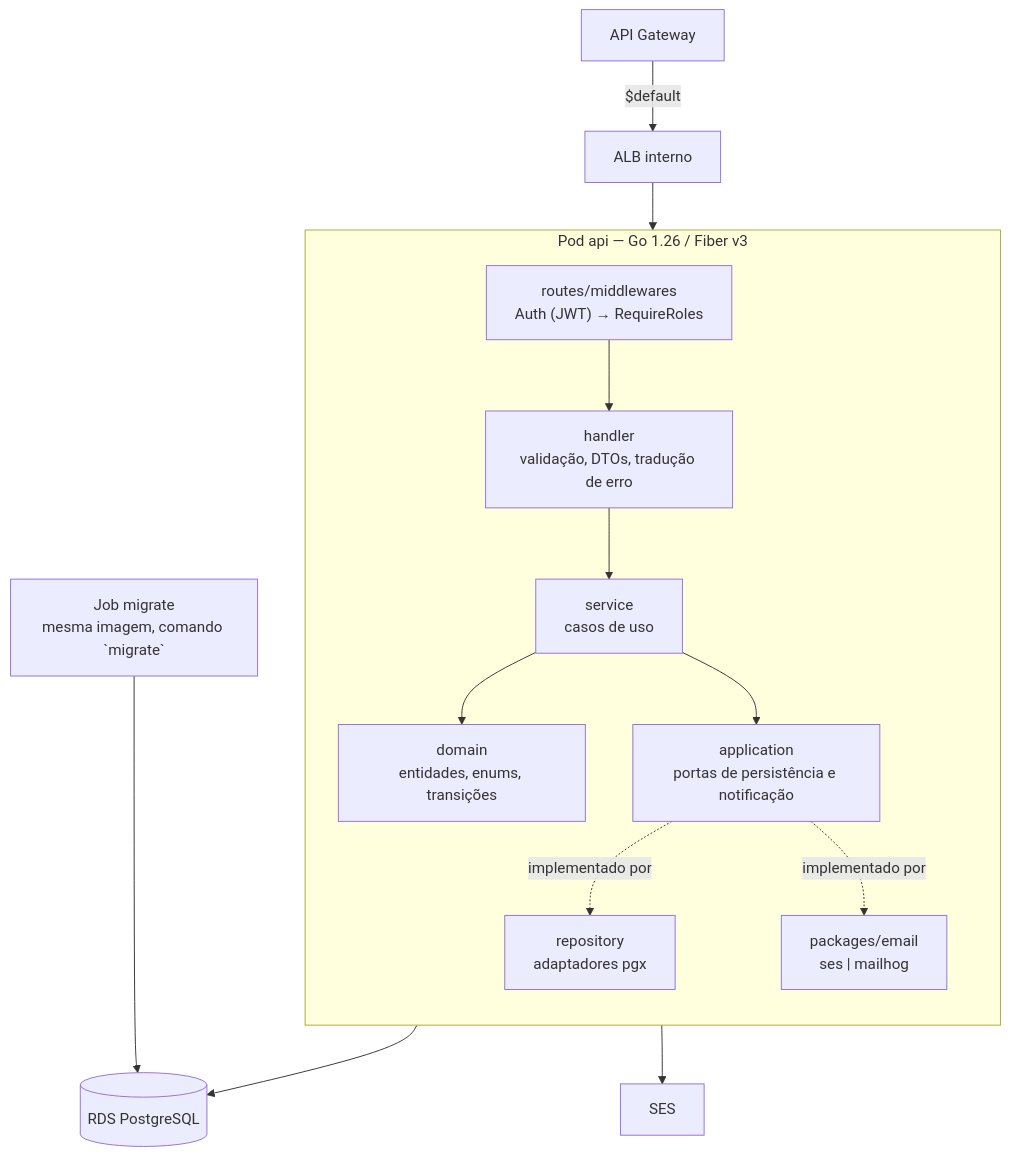
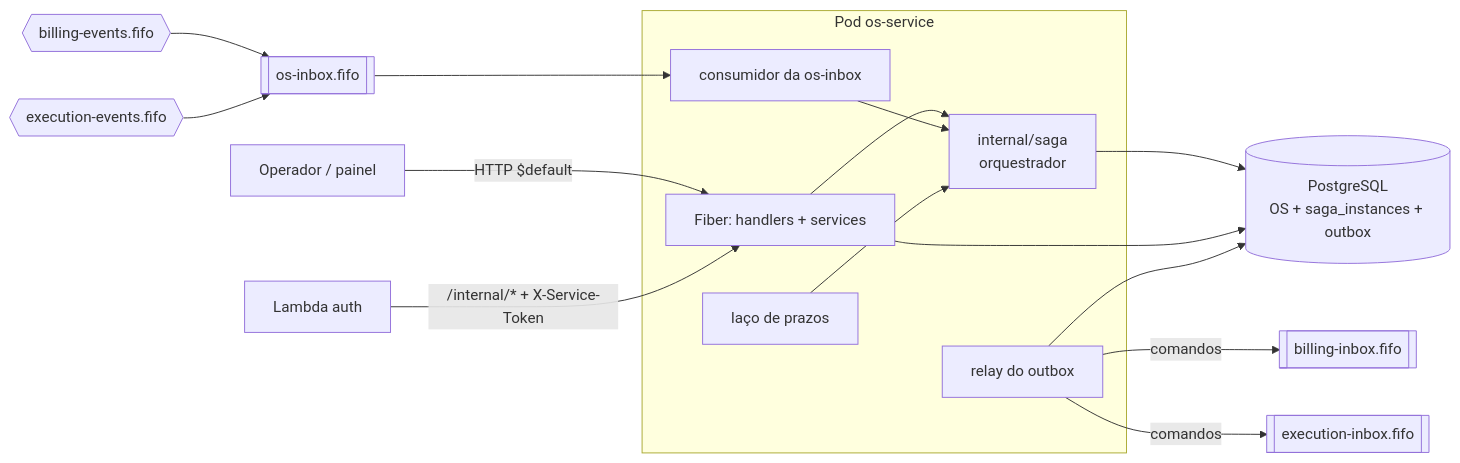
Before and after one commit to SOAT-15-Oficina/oficina-mecanica-os-service: the first of 2 diagrams in README.md, drawn with Mermaid. The commit also changed other lines of this file, not shown here.

First line of the commit message:
Atualiza o README para o papel de OS Service e orquestrador

````diff
--- a/README.md
+++ b/README.md
@@ -28,26 +25,23 @@
 ```mermaid
-flowchart TB
-    GW[API Gateway] -->|$default| ALB[ALB interno]
-    ALB --> POD
-
-    subgraph POD [Pod api — Go 1.26 / Fiber v3]
-        direction TB
-        MW["routes/middlewares<br/>Auth (JWT) → RequireRoles"]
-        H[handler<br/>validação, DTOs, tradução de erro]
-        SVC[service<br/>casos de uso]
-        DOM[domain<br/>entidades, enums, transições]
-        PORT[application<br/>portas de persistência e notificação]
-        REPO[repository<br/>adaptadores pgx]
-        MAIL["packages/email<br/>ses | mailhog"]
+flowchart LR
+    OP[Operador / painel] -->|HTTP $default| API
+    LAMBDA[Lambda auth] -->|/internal/* + X-Service-Token| API
+    subgraph POD [Pod os-service]
+        API[Fiber: handlers + services]
+        SAGA[internal/saga<br/>orquestrador]
+        RELAY[relay do outbox]
+        CONS[consumidor da os-inbox]
+        TICK[laço de prazos]
     end
-
-    MW --> H --> SVC
-    SVC --> DOM
-    SVC --> PORT
-    PORT -.implementado por.-> REPO
-    PORT -.implementado por.-> MAIL
-    REPO --> DB[(RDS PostgreSQL)]
-    MAIL --> SES[SES]
-
-    JOB[Job migrate<br/>mesma imagem, comando `migrate`] --> DB
+    API --> SAGA
+    CONS --> SAGA
+    TICK --> SAGA
+    SAGA --> DB[(PostgreSQL<br/>OS + saga_instances + outbox)]
+    API --> DB
+    RELAY --> DB
+    RELAY -->|comandos| QB[[billing-inbox.fifo]]
+    RELAY -->|comandos| QE[[execution-inbox.fifo]]
+    TB{{billing-events.fifo}} --> QO[[os-inbox.fifo]]
+    TE{{execution-events.fifo}} --> QO
+    QO --> CONS
 ```
````
